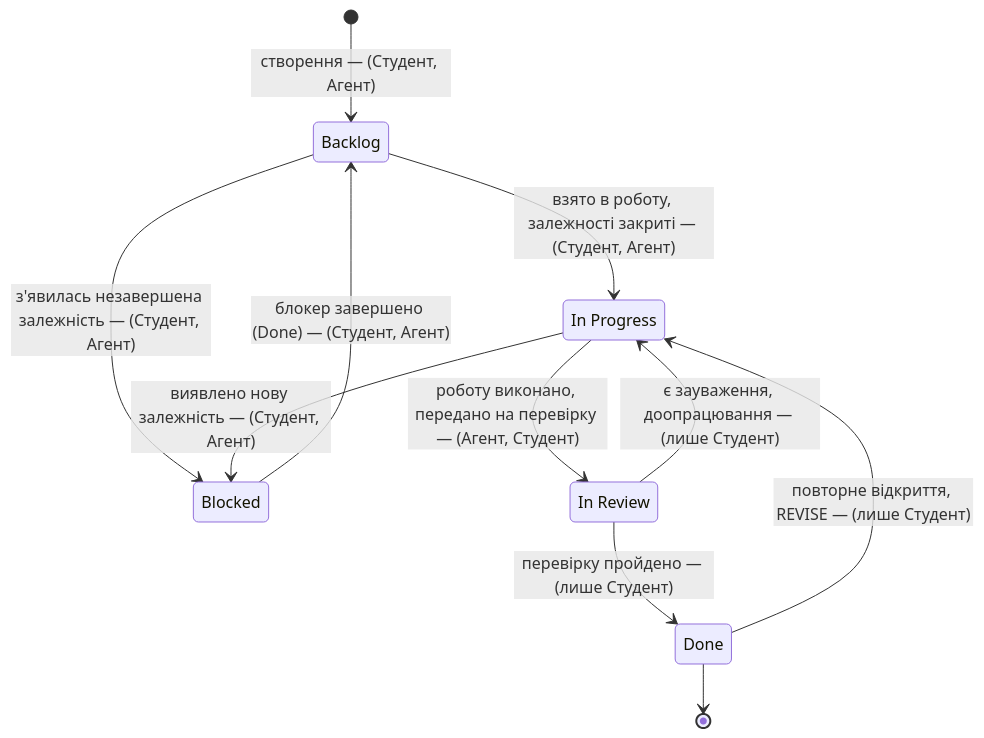
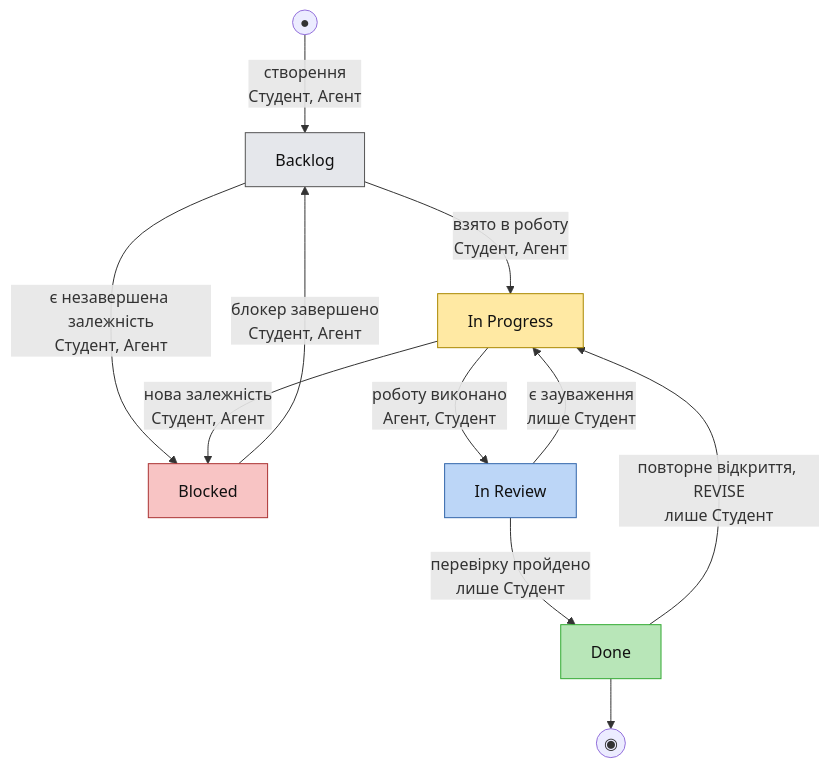
The diagram in plan/workflow.md (KovalSS/library-system), drawn with Mermaid before and after one commit.

Commit message:
docs: redraw lifecycle diagram as flowchart for readable GitHub rendering

````diff
--- a/plan/workflow.md
+++ b/plan/workflow.md
@@ -9,21 +9,19 @@
 ```mermaid
-stateDiagram-v2
-    [*] --> Backlog : створення — (Студент, Агент)
+flowchart TD
+    START(("●")) -->|"створення<br/>Студент, Агент"| BL["Backlog"]
+    BL -->|"є незавершена залежність<br/>Студент, Агент"| BK["Blocked"]
+    BK -->|"блокер завершено<br/>Студент, Агент"| BL
+    BL -->|"взято в роботу<br/>Студент, Агент"| IP["In Progress"]
+    IP -->|"нова залежність<br/>Студент, Агент"| BK
+    IP -->|"роботу виконано<br/>Агент, Студент"| IR["In Review"]
+    IR -->|"є зауваження<br/>лише Студент"| IP
+    IR -->|"перевірку пройдено<br/>лише Студент"| DN["Done"]
+    DN -->|"повторне відкриття, REVISE<br/>лише Студент"| IP
+    DN --> END(("◉"))
 
-    Backlog --> Blocked : з'явилась незавершена залежність — (Студент, Агент)
-    Blocked --> Backlog : блокер завершено (Done) — (Студент, Агент)
-
-    Backlog --> InProgress : взято в роботу, залежності закриті — (Студент, Агент)
-    InProgress --> Blocked : виявлено нову залежність — (Студент, Агент)
-
-    InProgress --> InReview : роботу виконано, передано на перевірку — (Агент, Студент)
-    InReview --> InProgress : є зауваження, доопрацювання — (лише Студент)
-
-    InReview --> Done : перевірку пройдено — (лише Студент)
-    Done --> InProgress : повторне відкриття, REVISE — (лише Студент)
-
-    Done --> [*]
-
-    state "In Progress" as InProgress
-    state "In Review" as InReview
+    style BL fill:#e5e7eb,stroke:#555,color:#111
+    style BK fill:#f8c4c4,stroke:#a33,color:#111
+    style IP fill:#ffe9a3,stroke:#a80,color:#111
+    style IR fill:#bcd6f7,stroke:#36a,color:#111
+    style DN fill:#b8e6b8,stroke:#3a3,color:#111
 ```
````
